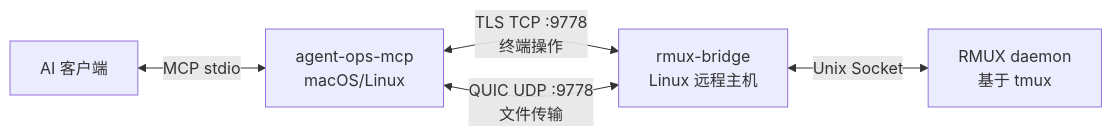
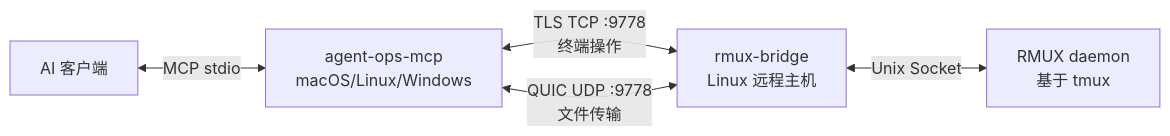
Before and after one commit to tddh/agent-ops: the diagram in README.zh.md, drawn with Mermaid. The commit also changed other lines of this file and 7 other files, not shown here.

First line of the commit message:
feat: 支持 agent-ops-mcp 在 Windows 客户机上运行

````diff
--- a/README.zh.md
+++ b/README.zh.md
@@ -15,7 +15,7 @@
 ```mermaid
 graph LR
-    A[AI 客户端] <-->|MCP stdio| B[agent-ops-mcp<br/>macOS/Linux]
+    A[AI 客户端] <-->|MCP stdio| B[agent-ops-mcp<br/>macOS/Linux/Windows]
     B <-->|TLS TCP :9778<br/>终端操作| C[rmux-bridge<br/>Linux 远程主机]
     B <-->|QUIC UDP :9778<br/>文件传输| C
     C <-->|Unix Socket| D[RMUX daemon<br/>基于 tmux]
 ```
````
